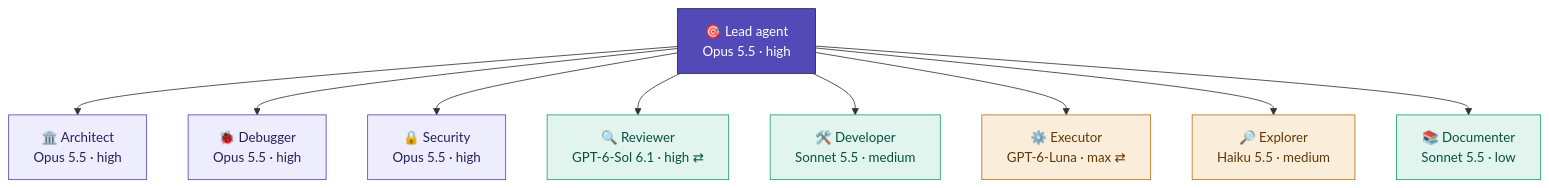
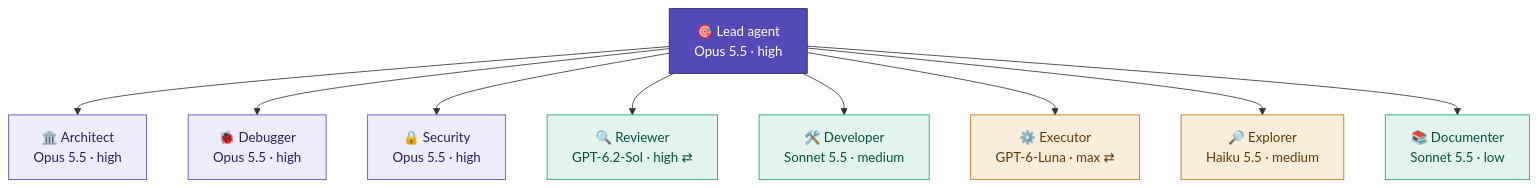
The second of 2 diagrams in README.md (Eydenn/loomy), drawn with Mermaid before and after one commit. The commit also changed other lines of this file and 29 other files, not shown here.

Commit message:
Models: GPT-6.2 Sol replaces GPT-6.1 Sol as Codex top and mid; GPT-6.2 Astra validated as premium on-demand model

````diff
--- a/README.md
+++ b/README.md
@@ -501,16 +501,16 @@
 ```mermaid
 flowchart TB
   L["🎯 Lead agent<br/>Opus 5.5 · high"]:::lead
   L --> AR["🏛️ Architect<br/>Opus 5.5 · high"]:::deep
   L --> DB["🐞 Debugger<br/>Opus 5.5 · high"]:::deep
   L --> SE["🔒 Security<br/>Opus 5.5 · high"]:::deep
-  L --> RV["🔍 Reviewer<br/>GPT-6-Sol 6.1 · high ⇄"]:::std
+  L --> RV["🔍 Reviewer<br/>GPT-6.2-Sol · high ⇄"]:::std
   L --> DV["🛠️ Developer<br/>Sonnet 5.5 · medium"]:::std
   L --> EX["⚙️ Executor<br/>GPT-6-Luna · max ⇄"]:::fast
   L --> XP["🔎 Explorer<br/>Haiku 5.5 · medium"]:::fast
   L --> DO["📚 Documenter<br/>Sonnet 5.5 · low"]:::std
   classDef lead fill:#534AB7,stroke:#26215C,color:#FFFFFF
   classDef deep fill:#EEEDFE,stroke:#534AB7,color:#26215C
   classDef std fill:#E1F5EE,stroke:#1D9E75,color:#085041
   classDef fast fill:#FAEEDA,stroke:#BA7517,color:#633806
 ```
````
